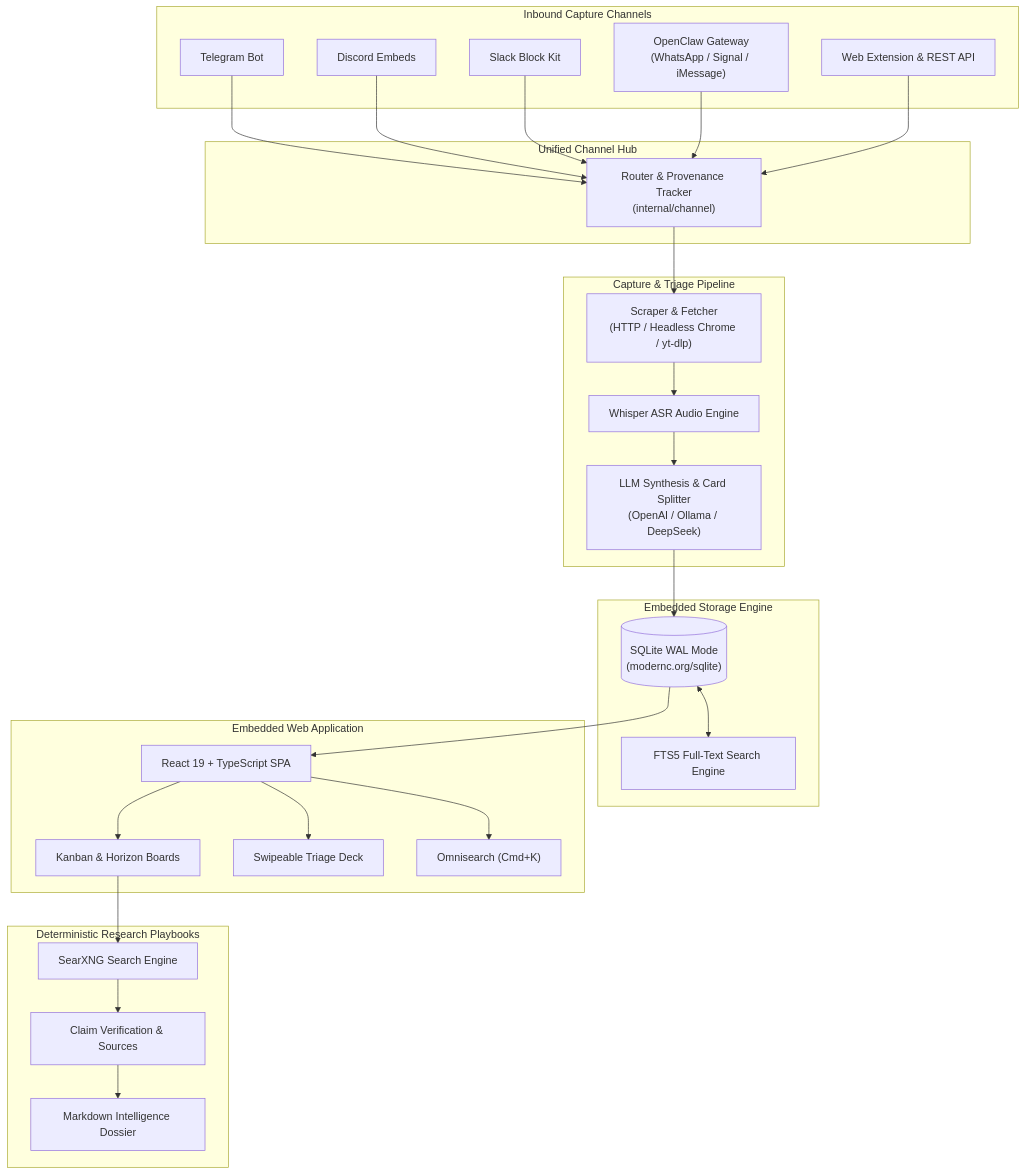
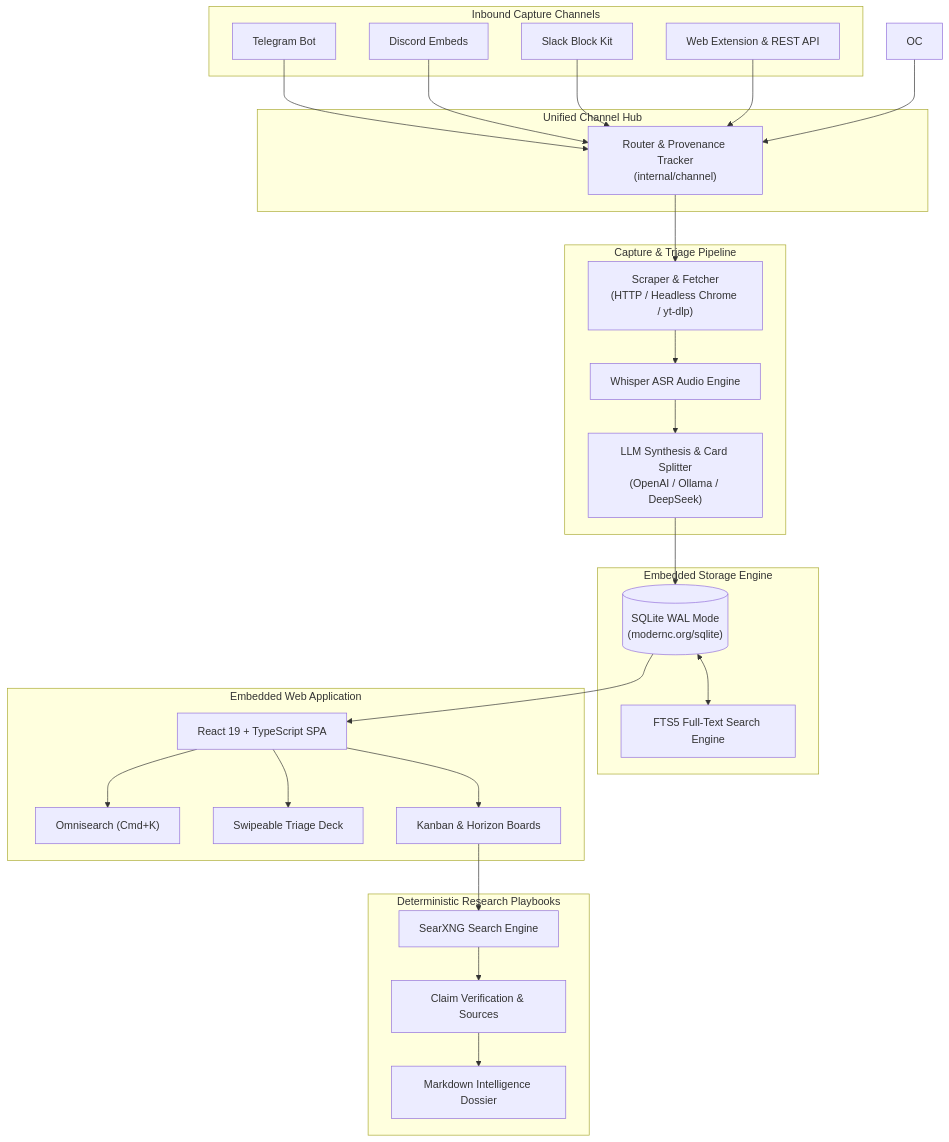
The second of 3 diagrams in README.md (BurlacuAndrei/sparkkeep), drawn with Mermaid before and after one commit. The commit also changed other lines of this file and 30 other files, not shown here.

First line of the commit message:
feat(channels): interactive channel workspace, inbound webhook, WhatsApp guide & browser extension

````diff
--- a/README.md
+++ b/README.md
@@ -160,57 +160,56 @@
 ```mermaid
 flowchart TD
     subgraph Inputs ["Inbound Capture Channels"]
         TG["Telegram Bot"]
         DC["Discord Embeds"]
         SL["Slack Block Kit"]
-        OC["OpenClaw Gateway<br/>(WhatsApp / Signal / iMessage)"]
         WB["Web Extension & REST API"]
     end
 
     subgraph Hub ["Unified Channel Hub"]
         ROUTER["Router & Provenance Tracker<br/>(internal/channel)"]
     end
 
     subgraph Pipeline ["Capture & Triage Pipeline"]
         SCRAPE["Scraper & Fetcher<br/>(HTTP / Headless Chrome / yt-dlp)"]
         ASR["Whisper ASR Audio Engine"]
         LLM["LLM Synthesis & Card Splitter<br/>(OpenAI / Ollama / DeepSeek)"]
     end
 
     subgraph Store ["Embedded Storage Engine"]
         SQLITE[("SQLite WAL Mode<br/>(modernc.org/sqlite)")]
         FTS["FTS5 Full-Text Search Engine"]
     end
 
     subgraph UI ["Embedded Web Application"]
         REACT["React 19 + TypeScript SPA"]
         KANBAN["Kanban & Horizon Boards"]
         TRIAGE["Swipeable Triage Deck"]
         SEARCH["Omnisearch (Cmd+K)"]
     end
 
     subgraph Research ["Deterministic Research Playbooks"]
         SEARX["SearXNG Search Engine"]
         VERIFY["Claim Verification & Sources"]
         REPORT["Markdown Intelligence Dossier"]
     end
 
     TG --> ROUTER
     DC --> ROUTER
     SL --> ROUTER
     OC --> ROUTER
     WB --> ROUTER
 
     ROUTER --> SCRAPE
     SCRAPE --> ASR
     ASR --> LLM
     LLM --> SQLITE
     SQLITE <--> FTS
     SQLITE --> REACT
     REACT --> KANBAN
     REACT --> TRIAGE
     REACT --> SEARCH
     KANBAN --> SEARX
     SEARX --> VERIFY
     VERIFY --> REPORT
 ```
````
